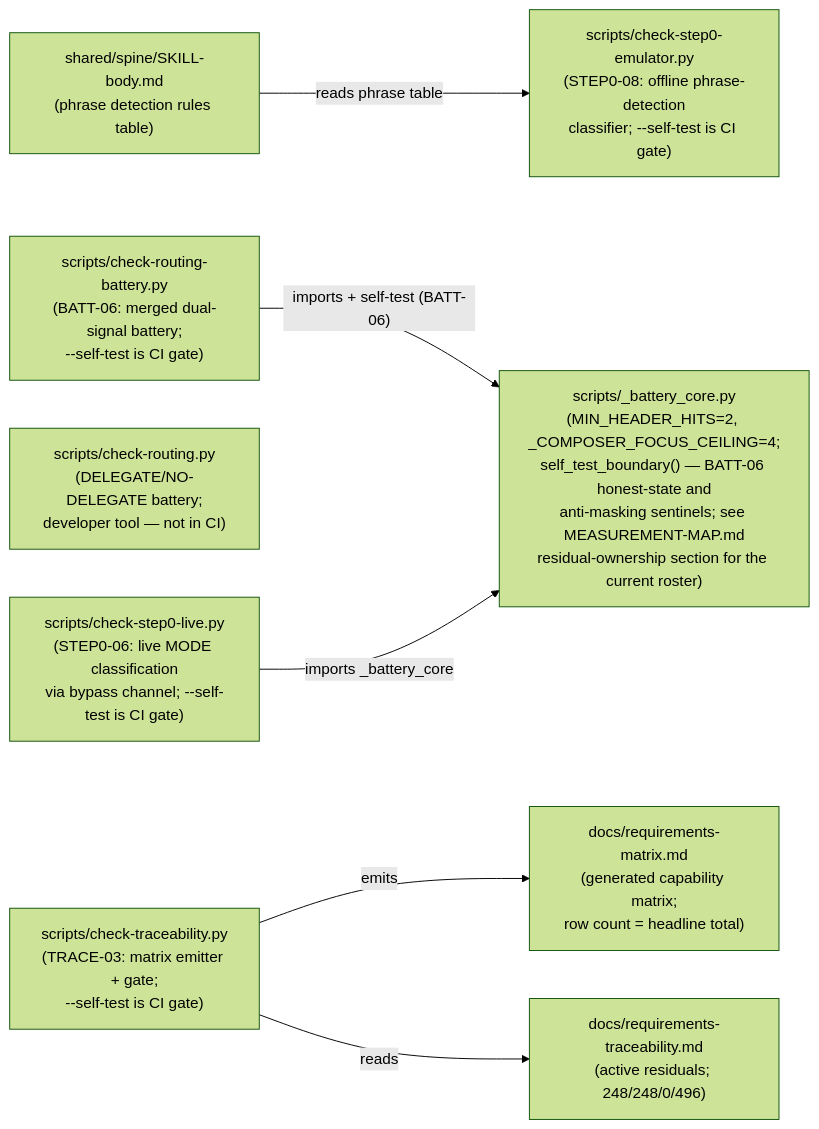
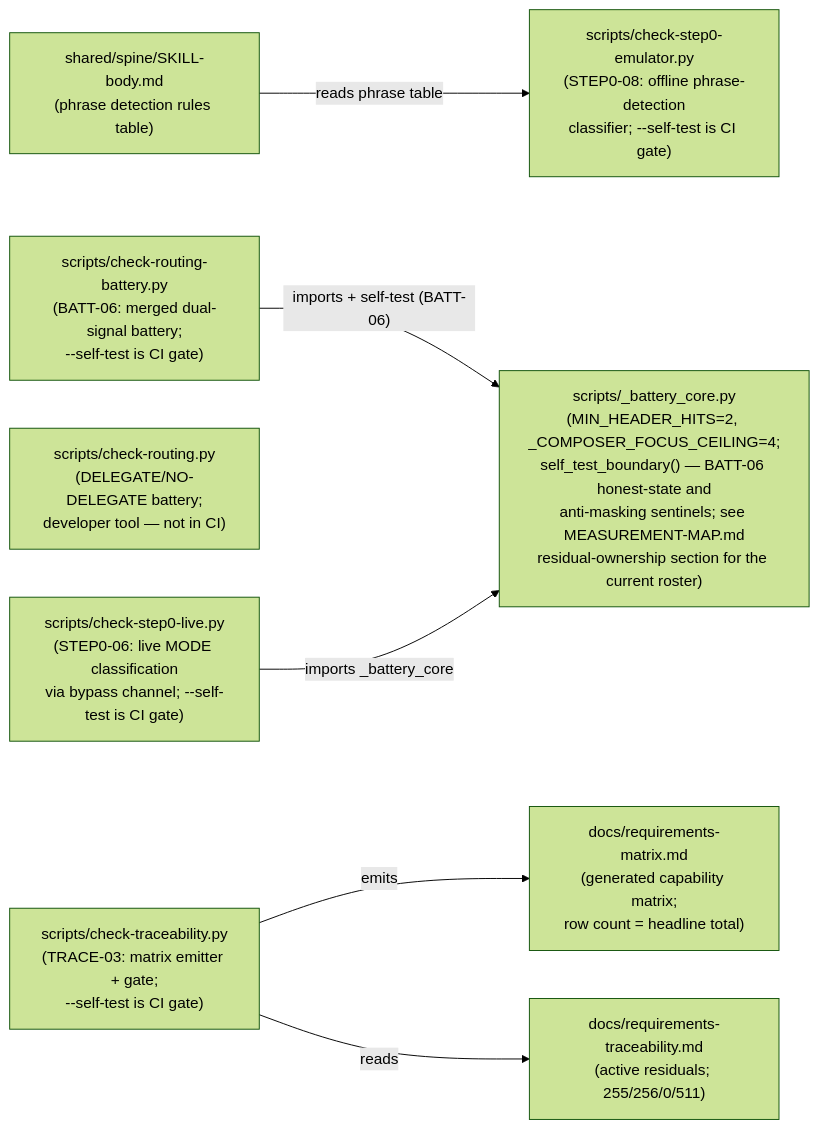
The second of 2 diagrams in docs/COMPONENT-DIAGRAM.md (chrisdavidson/first-principles-skill), drawn with Mermaid (forest theme) before and after one commit. The commit also changed 43 other files, not shown here.

````diff
--- a/docs/COMPONENT-DIAGRAM.md
+++ b/docs/COMPONENT-DIAGRAM.md
@@ -84,24 +84,24 @@
 ```mermaid
 flowchart LR
     SKILLBODY["shared/spine/SKILL-body.md\n(phrase detection rules table)"]
 
     CORE["scripts/_battery_core.py\n(MIN_HEADER_HITS=2, _COMPOSER_FOCUS_CEILING=4;\nself_test_boundary() — BATT-06 honest-state and\nanti-masking sentinels; see MEASUREMENT-MAP.md\nresidual-ownership section for the current roster)"]
 
     BATT["scripts/check-routing-battery.py\n(BATT-06: merged dual-signal battery;\n--self-test is CI gate)"]
     ROUTING["scripts/check-routing.py\n(DELEGATE/NO-DELEGATE battery;\ndeveloper tool — not in CI)"]
 
     EMU["scripts/check-step0-emulator.py\n(STEP0-08: offline phrase-detection\nclassifier; --self-test is CI gate)"]
     LIVE["scripts/check-step0-live.py\n(STEP0-06: live MODE classification\nvia bypass channel; --self-test is CI gate)"]
 
     TRACE["scripts/check-traceability.py\n(TRACE-03: matrix emitter + gate;\n--self-test is CI gate)"]
     MATRIX["docs/requirements-matrix.md\n(generated capability matrix;\nrow count = headline total)"]
-    TRACEABILITY["docs/requirements-traceability.md\n(active residuals; 248/248/0/496)"]
+    TRACEABILITY["docs/requirements-traceability.md\n(active residuals; 255/256/0/511)"]
 
     SKILLBODY -->|"reads phrase table"| EMU
 
     BATT -->|"imports + self-test (BATT-06)"| CORE
     LIVE -->|"imports _battery_core"| CORE
 
     TRACE -->|"emits"| MATRIX
     TRACE -->|"reads"| TRACEABILITY
 ```
````
